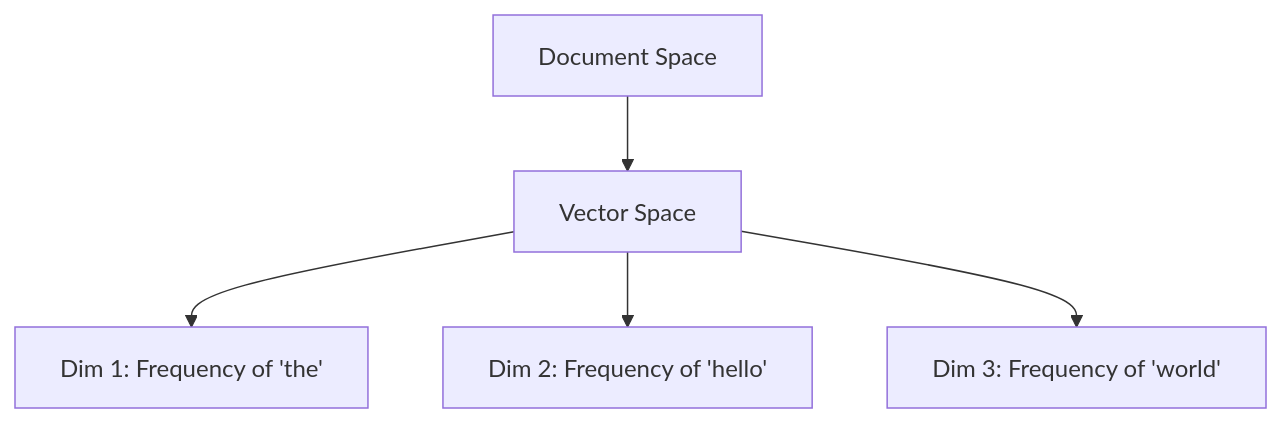
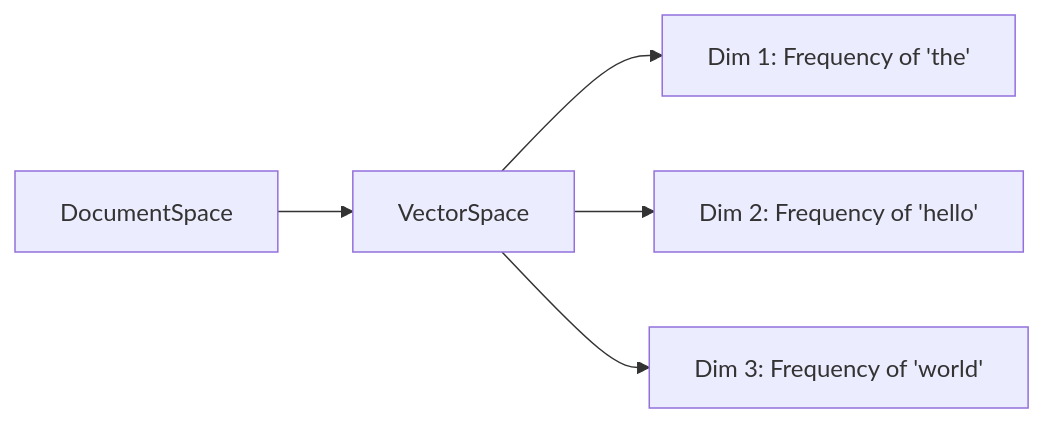
One commit to mgorav/Vectors changed the first of 3 diagrams in readme.md. Above: the diagram before and after it, drawn with Mermaid. The commit also changed 1 other file, not shown here.

````diff
--- a/readme.md
+++ b/readme.md
@@ -12,8 +12,8 @@
 ```mermaid
-graph TD
-  A[Document Space] --> B[Vector Space]
+graph LR
+  A[DocumentSpace] --> B[VectorSpace]
   B --> C[Dim 1: Frequency of 'the']
   B --> D[Dim 2: Frequency of 'hello']
   B --> E[Dim 3: Frequency of 'world']
 
 ```
````
